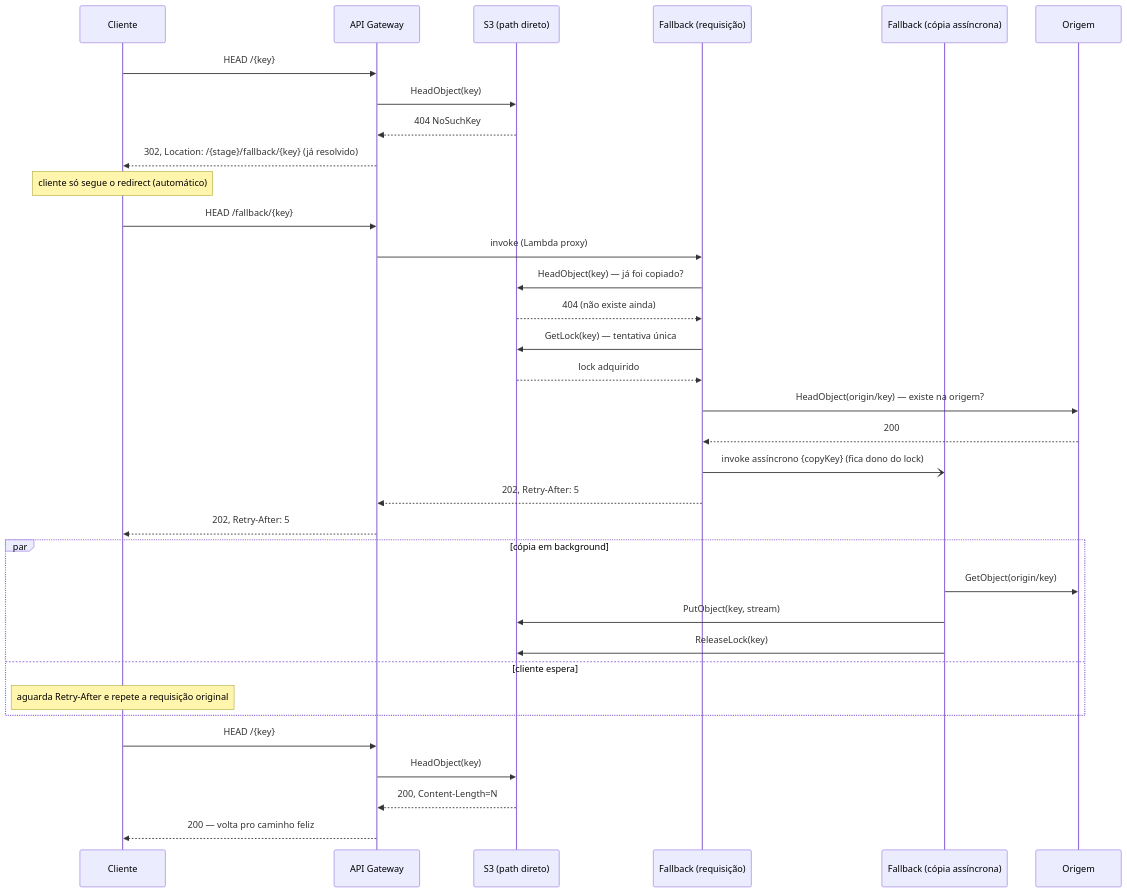
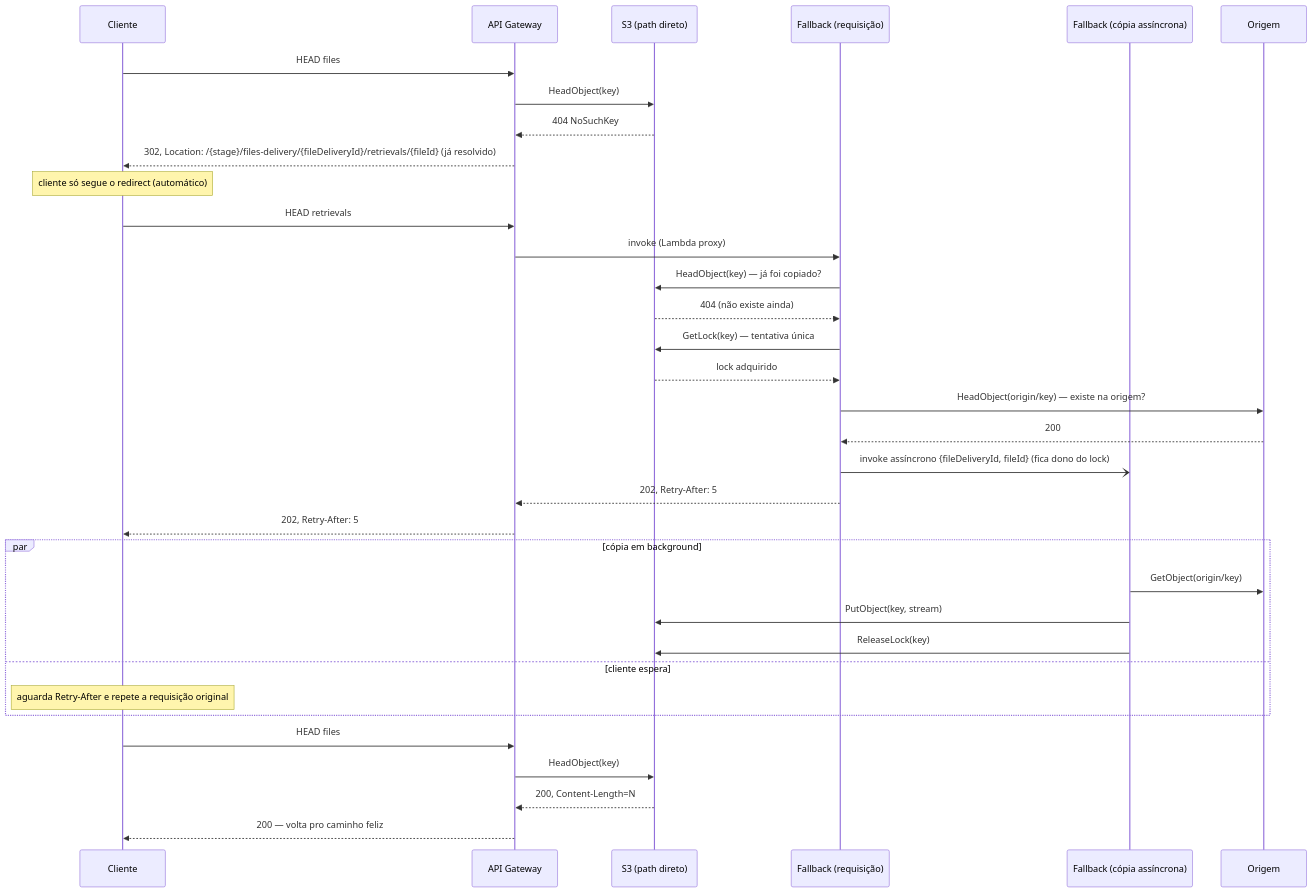
Before and after one commit to brunojet/apigw-transfer: the second of 4 diagrams in docs/client-behavior.md, drawn with Mermaid. The commit also changed other lines of this file and 17 other files, not shown here.

````diff
--- a/docs/client-behavior.md
+++ b/docs/client-behavior.md
@@ -77,41 +88,41 @@
 ```mermaid
 sequenceDiagram
     participant C as Cliente
     participant AGW as API Gateway
     participant S3d as S3 (path direto)
     participant L as Fallback (requisição)
     participant W as Fallback (cópia assíncrona)
     participant S3o as Origem
 
-    C->>AGW: HEAD /{key}
+    C->>AGW: HEAD files
     AGW->>S3d: HeadObject(key)
     S3d-->>AGW: 404 NoSuchKey
-    AGW-->>C: 302, Location: /{stage}/fallback/{key} (já resolvido)
+    AGW-->>C: 302, Location: /{stage}/files-delivery/{fileDeliveryId}/retrievals/{fileId} (já resolvido)
 
     Note over C: cliente só segue o redirect (automático)
 
-    C->>AGW: HEAD /fallback/{key}
+    C->>AGW: HEAD retrievals
     AGW->>L: invoke (Lambda proxy)
     L->>S3d: HeadObject(key) — já foi copiado?
     S3d-->>L: 404 (não existe ainda)
     L->>S3d: GetLock(key) — tentativa única
     S3d-->>L: lock adquirido
     L->>S3o: HeadObject(origin/key) — existe na origem?
     S3o-->>L: 200
-    L-)W: invoke assíncrono {copyKey} (fica dono do lock)
+    L-)W: invoke assíncrono {fileDeliveryId, fileId} (fica dono do lock)
     L-->>AGW: 202, Retry-After: 5
     AGW-->>C: 202, Retry-After: 5
 
     par cópia em background
         W->>S3o: GetObject(origin/key)
         W->>S3d: PutObject(key, stream)
         W->>S3d: ReleaseLock(key)
     and cliente espera
         Note over C: aguarda Retry-After e repete a requisição original
     end
 
-    C->>AGW: HEAD /{key}
+    C->>AGW: HEAD files
     AGW->>S3d: HeadObject(key)
     S3d-->>AGW: 200, Content-Length=N
     AGW-->>C: 200 — volta pro caminho feliz
 ```
````
